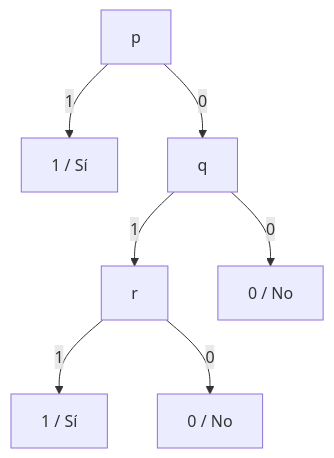
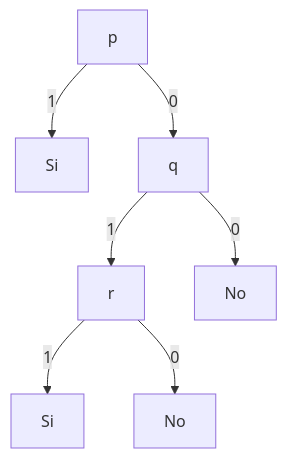
One commit to santrodriguez21/aprendizaje-automatico changed the third of 5 diagrams in practicos/practico 2/resultados/ejercicio_01.md. Above: the diagram before and after it, drawn with Mermaid. The commit also changed other lines of this file and 4 other files, not shown here.

````diff
--- a/practicos/practico 2/resultados/ejercicio_01.md
+++ b/practicos/practico 2/resultados/ejercicio_01.md
@@ -108,9 +81,9 @@
 ```mermaid
 graph TD
-    P[p] -->|1| S1[1 / Sí]
+    P[p] -->|1| S1[Si]
     P -->|0| Q[q]
     Q -->|1| R[r]
-    Q -->|0| N1[0 / No]
-    R -->|1| S2[1 / Sí]
-    R -->|0| N2[0 / No]
+    Q -->|0| N1[No]
+    R -->|1| S2[Si]
+    R -->|0| N2[No]
 ```
````
